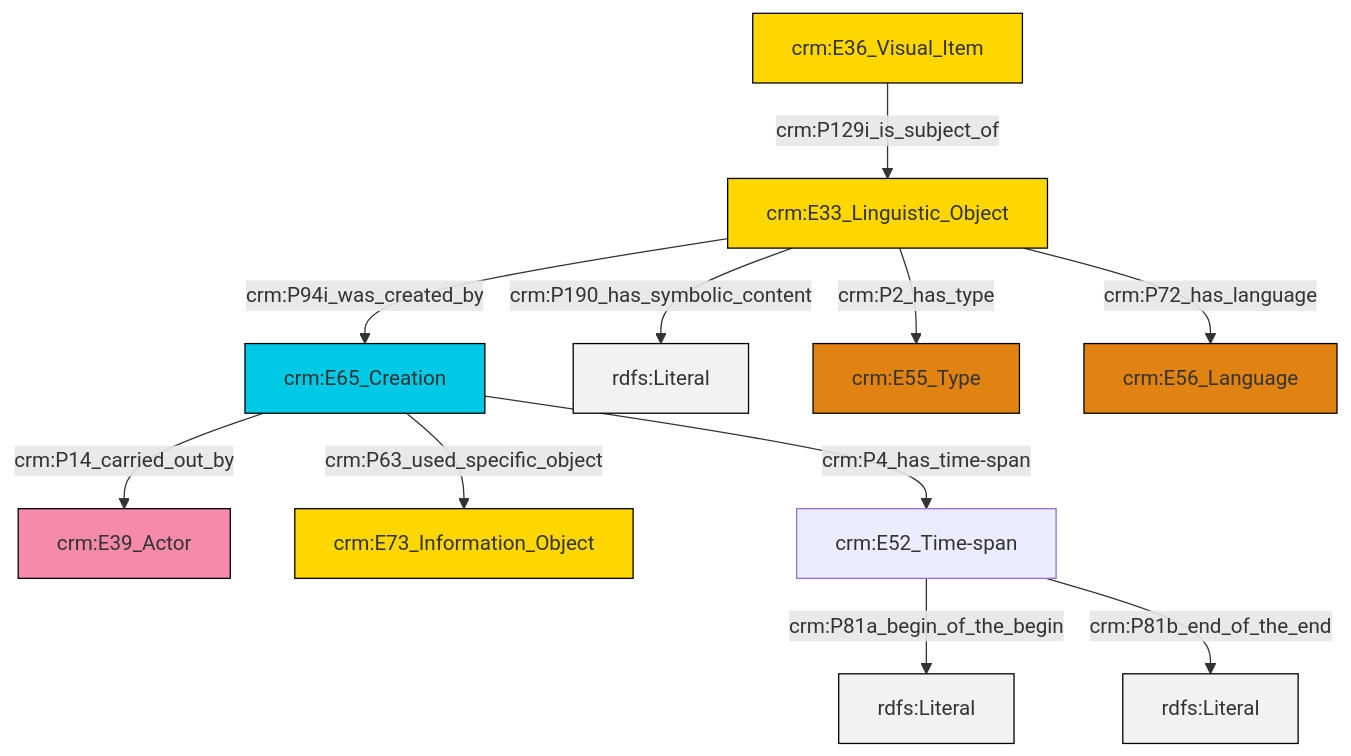
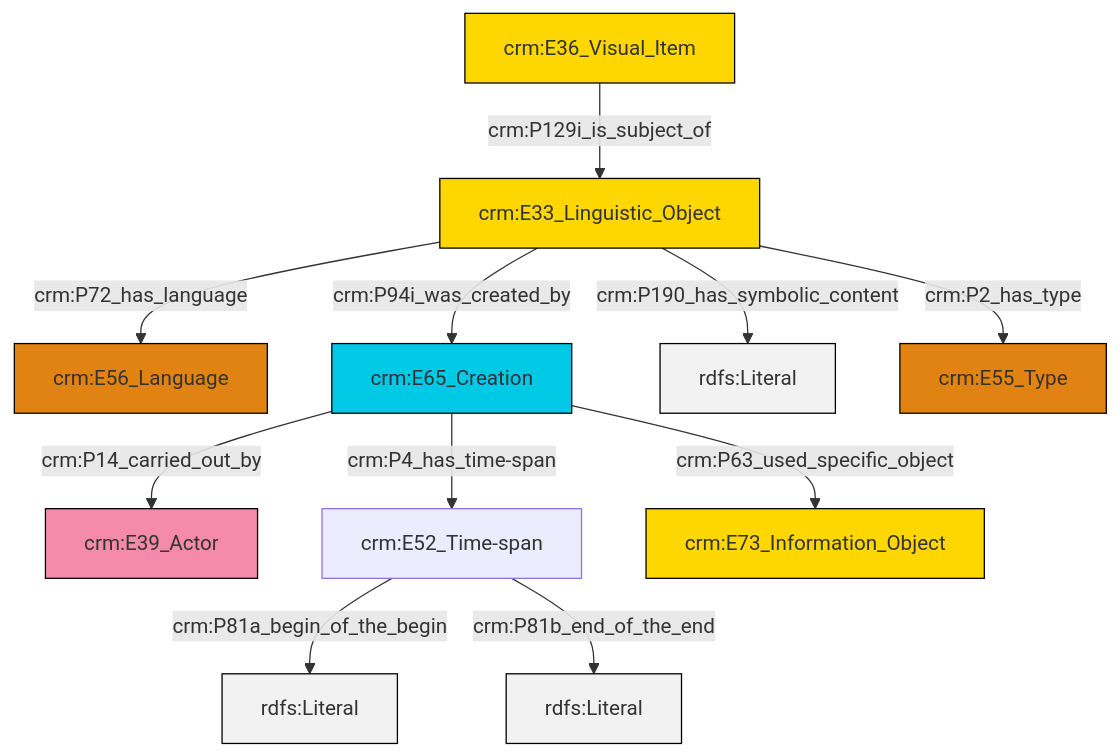
Before and after one commit to swiss-art-research-net/docs.swissartresearch: the diagram in et/imgCSV/ttl/mmd/img_desc.ttl.mmd, drawn with Mermaid. The commit also changed 177 other files, not shown here.

```diff
--- a/et/imgCSV/ttl/mmd/img_desc.ttl.mmd
+++ b/et/imgCSV/ttl/mmd/img_desc.ttl.mmd
@@ -1,25 +1,25 @@
 graph TD
 classDef Literal fill:#f2f2f2,stroke:#000000;
 classDef CRM_Entity fill:#FFFFFF,stroke:#000000;
 classDef Temporal_Entity fill:#00C9E6, stroke:#000000;
 classDef Type fill:#E18312, stroke:#000000;
 classDef Time-Span fill:#2C9C91, stroke:#000000;
 classDef Appellation fill:#FFEB7F, stroke:#000000;
 classDef Place fill:#008836, stroke:#000000;
 classDef Persistent_Item fill:#B266B2, stroke:#000000;
 classDef Conceptual_Object fill:#FFD700, stroke:#000000;
 classDef Physical_Thing fill:#D2B48C, stroke:#000000;
 classDef Actor fill:#f58aad, stroke:#000000;
 classDef PC_Classes fill:#4ce600, stroke:#000000;
 classDef Multi fill:#cccccc,stroke:#000000;
 
-0["crm:E65_Creation"]:::Temporal_Entity -->|crm:P14_carried_out_by| 2["crm:E39_Actor"]:::Actor
-0["crm:E65_Creation"]:::Temporal_Entity -->|crm:P63_used_specific_object| 3["crm:E73_Information_Object"]:::Conceptual_Object
-4["crm:E36_Visual_Item"]:::Conceptual_Object -->|crm:P129i_is_subject_of| 5["crm:E33_Linguistic_Object"]:::Conceptual_Object
-0["crm:E65_Creation"]:::Temporal_Entity -->|crm:P4_has_time-span| 6["crm:E52_Time-span"]:::Default
-5["crm:E33_Linguistic_Object"]:::Conceptual_Object -->|crm:P190_has_symbolic_content| 7[rdfs:Literal]:::Literal
-5["crm:E33_Linguistic_Object"]:::Conceptual_Object -->|crm:P2_has_type| 8["crm:E55_Type"]:::Type
-5["crm:E33_Linguistic_Object"]:::Conceptual_Object -->|crm:P72_has_language| 11["crm:E56_Language"]:::Type
-6["crm:E52_Time-span"]:::Default -->|crm:P81a_begin_of_the_begin| 15[rdfs:Literal]:::Literal
-6["crm:E52_Time-span"]:::Default -->|crm:P81b_end_of_the_end| 17[rdfs:Literal]:::Literal
-5["crm:E33_Linguistic_Object"]:::Conceptual_Object -->|crm:P94i_was_created_by| 0["crm:E65_Creation"]:::Temporal_Entity
+0["crm:E33_Linguistic_Object"]:::Conceptual_Object -->|crm:P72_has_language| 1["crm:E56_Language"]:::Type
+2["crm:E65_Creation"]:::Temporal_Entity -->|crm:P14_carried_out_by| 3["crm:E39_Actor"]:::Actor
+6["crm:E36_Visual_Item"]:::Conceptual_Object -->|crm:P129i_is_subject_of| 0["crm:E33_Linguistic_Object"]:::Conceptual_Object
+0["crm:E33_Linguistic_Object"]:::Conceptual_Object -->|crm:P190_has_symbolic_content| 8[rdfs:Literal]:::Literal
+4["crm:E52_Time-span"]:::Default -->|crm:P81a_begin_of_the_begin| 9[rdfs:Literal]:::Literal
+2["crm:E65_Creation"]:::Temporal_Entity -->|crm:P63_used_specific_object| 15["crm:E73_Information_Object"]:::Conceptual_Object
+0["crm:E33_Linguistic_Object"]:::Conceptual_Object -->|crm:P2_has_type| 12["crm:E55_Type"]:::Type
+2["crm:E65_Creation"]:::Temporal_Entity -->|crm:P4_has_time-span| 4["crm:E52_Time-span"]:::Default
+4["crm:E52_Time-span"]:::Default -->|crm:P81b_end_of_the_end| 16[rdfs:Literal]:::Literal
+0["crm:E33_Linguistic_Object"]:::Conceptual_Object -->|crm:P94i_was_created_by| 2["crm:E65_Creation"]:::Temporal_Entity
```
